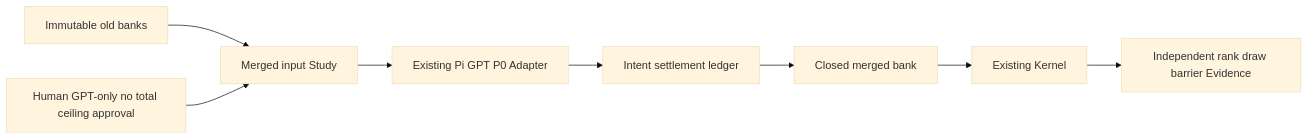
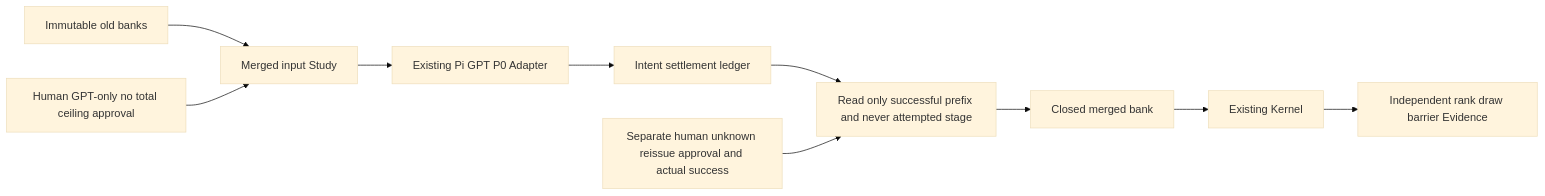
Before and after one commit to liu-qingyuan/llm-abm-marketing-sim: the second of 8 diagrams in runs/ten-topic-gpt-studies-20261006/LIVE_DESIGN.md, drawn with Mermaid (base theme). The commit also changed other lines of this file, not shown here.

Commit message:
Document preserved-unknown recovery lifecycle

````diff
--- a/runs/ten-topic-gpt-studies-20261006/LIVE_DESIGN.md
+++ b/runs/ten-topic-gpt-studies-20261006/LIVE_DESIGN.md
@@ -13,10 +13,12 @@
 ```mermaid
 flowchart LR
   OldBank[Immutable old banks] --> Study[Merged input Study]
   Approval[Human GPT-only no total ceiling approval] --> Study
   Study --> Pi[Existing Pi GPT P0 Adapter]
   Pi --> Ledger[Intent settlement ledger]
-  Ledger --> Bank[Closed merged bank]
+  Ledger --> Recovery[Read only successful prefix and never attempted stage]
+  Explicit[Separate human unknown reissue approval and actual success] --> Recovery
+  Recovery --> Bank[Closed merged bank]
   Bank --> Kernel[Existing Kernel]
   Kernel --> Evidence[Independent rank draw barrier Evidence]
 ```
````
